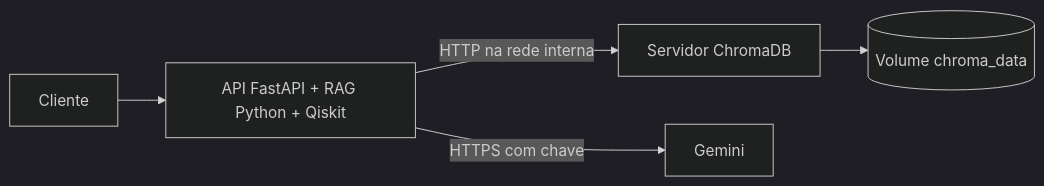
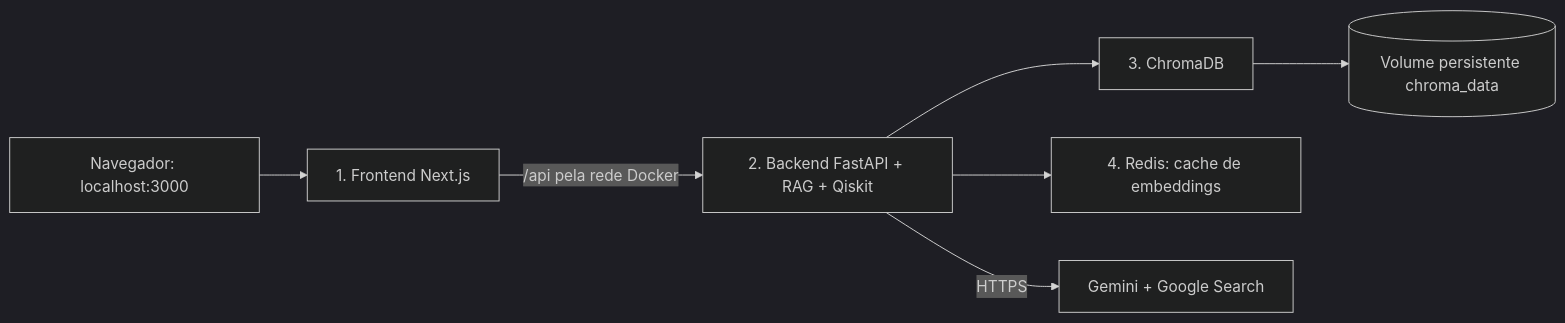
One commit to vladtairovic/growup-api-chromadb changed the diagram in README.md. Above: the diagram before and after it, drawn with Mermaid (dark theme). The commit also changed other lines of this file and 55 other files, not shown here.

````diff
--- a/README.md
+++ b/README.md
@@ -9,7 +32,9 @@
 ```mermaid
 flowchart LR
-    U[Cliente] --> A[API FastAPI + RAG Python + Qiskit]
-    A -->|HTTP na rede interna| C[Servidor ChromaDB]
-    C --> V[(Volume chroma_data)]
-    A -->|HTTPS com chave| G[Gemini]
+ U[Navegador: localhost:3000] --> F[1. Frontend Next.js]
+ F -->|/api pela rede Docker| A[2. Backend FastAPI + RAG + Qiskit]
+ A --> C[3. ChromaDB]
+ C --> V[(Volume persistente chroma_data)]
+ A --> R[4. Redis: cache de embeddings]
+ A -->|HTTPS| G[Gemini + Google Search]
 ```
````
